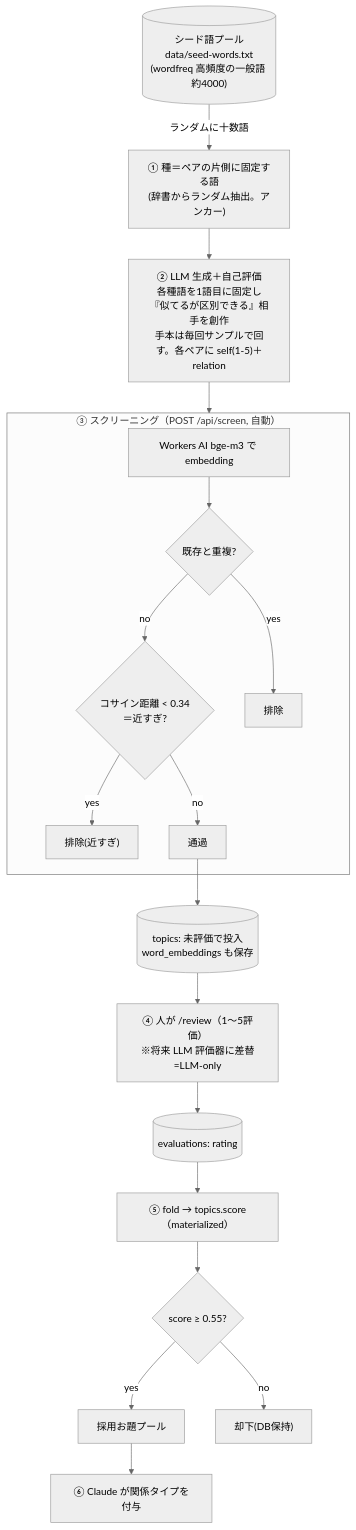
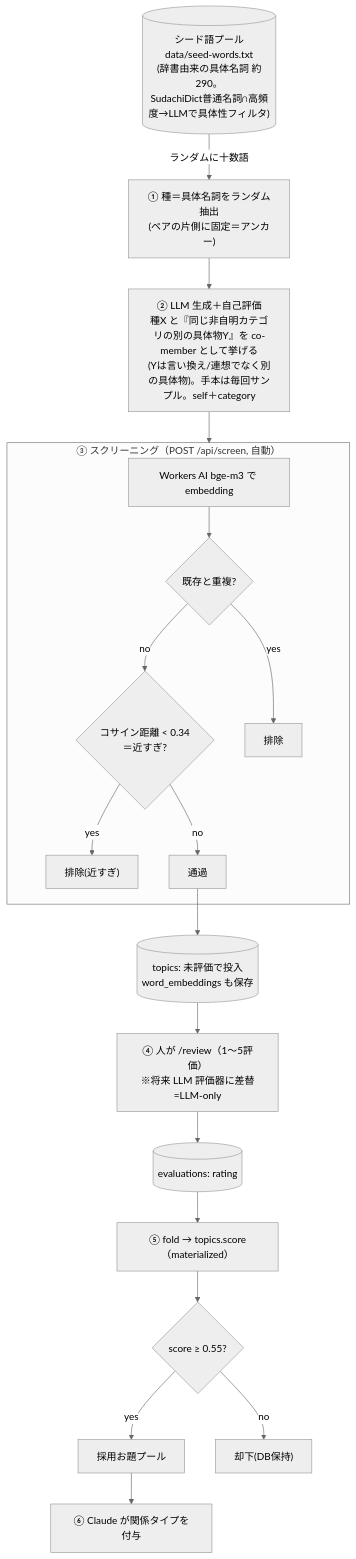
Before and after one commit to sushidesu/wordninja2: the diagram in docs/odai-generation-flow.md, drawn with Mermaid (neutral theme). The commit also changed other lines of this file and 2 other files, not shown here.

Commit message:
feat(topics): concrete-noun seeds + co-member framing (ADR 0004)
「多様性は出たがペアが弱い」原因のすり合わせ結果を反映:
- 原因1: 種が抽象語(状態/今後/深刻…)だとお題が成立しない。
  → 種プールを具体名詞に。SudachiDict 普通名詞一般 ∩ wordfreq 高頻度 →
  LLM で「絵に描ける具体物」だけに分類し約290語へ(data/seed-words.txt)。
- 原因2: 「Xの相手探し」框組みが連想/同義/付随物に流れる。
  → co-member 框組みに。種X と「同じ非自明な具体カテゴリの別の具体物Y」を
  並立メンバーとして出させる(Yは言い換え/連想でない)。
- ADR 0004・フロー図を更新。

````diff
--- a/docs/odai-generation-flow.md
+++ b/docs/odai-generation-flow.md
@@ -5,27 +5,27 @@
 ```mermaid
 flowchart TB
-  POOL[("シード語プール<br/>data/seed-words.txt<br/>(wordfreq 高頻度の一般語 約4000)")]
-  POOL -->|"ランダムに十数語"| SEED["① 種＝ペアの片側に固定する語<br/>(辞書からランダム抽出。アンカー)"]
-  SEED --> GEN["② LLM 生成＋自己評価<br/>各種語を1語目に固定し『似てるが区別できる』相手を創作<br/>手本は毎回サンプルで回す。各ペアに self(1-5)＋relation"]
+  POOL[("シード語プール<br/>data/seed-words.txt<br/>(辞書由来の具体名詞 約290。<br/>SudachiDict普通名詞∩高頻度→LLMで具体性フィルタ)")]
+  POOL -->|"ランダムに十数語"| SEED["① 種＝具体名詞をランダム抽出<br/>(ペアの片側に固定＝アンカー)"]
+  SEED --> GEN["② LLM 生成＋自己評価<br/>種X と『同じ非自明カテゴリの別の具体物Y』を co-member として挙げる<br/>(Yは言い換え/連想でなく別の具体物)。手本は毎回サンプル。self＋category"]
   GEN --> SCREEN
 
   subgraph SCREEN["③ スクリーニング（POST /api/screen, 自動）"]
     EMB["Workers AI bge-m3 で embedding"]
     DUP{"既存と重複?"}
     NEAR{"コサイン距離 < 0.34<br/>＝近すぎ?"}
     EMB --> DUP
     DUP -- "yes" --> X1["排除"]
     DUP -- "no" --> NEAR
     NEAR -- "yes" --> X2["排除(近すぎ)"]
     NEAR -- "no" --> PASS["通過"]
   end
 
   PASS --> TOPICS[("topics: 未評価で投入<br/>word_embeddings も保存")]
   TOPICS --> REVIEW["④ 人が /review（1〜5評価）<br/>※将来 LLM 評価器に差替=LLM-only"]
   REVIEW --> EVALS[("evaluations: rating")]
   EVALS --> FOLD["⑤ fold → topics.score（materialized）"]
   FOLD --> ACC{"score ≥ 0.55?"}
   ACC -- "yes" --> ACCEPTED["採用お題プール"]
   ACC -- "no" --> REJECTED["却下(DB保持)"]
   ACCEPTED --> LABEL["⑥ Claude が関係タイプを付与"]
 ```
````
